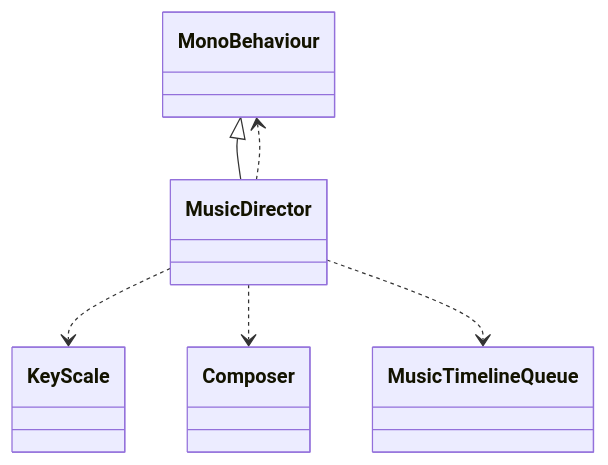
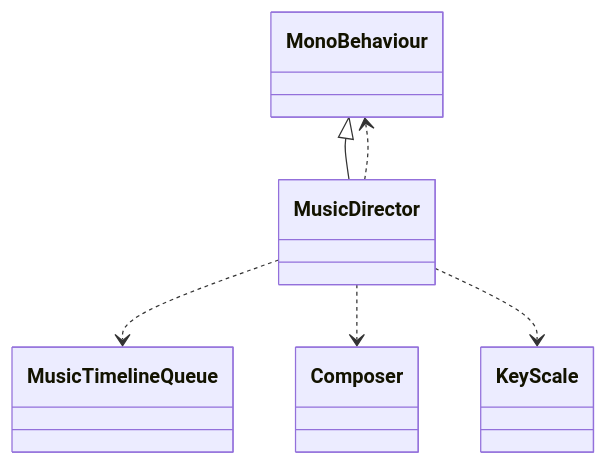
Before and after one commit to schnock-art/project_inspector: the sixth of 39 diagrams in test/test.md, drawn with Mermaid. The commit also changed other lines of this file and 3 other files, not shown here.

````diff
--- a/test/test.md
+++ b/test/test.md
@@ -243,8 +225,8 @@
 ```mermaid
 classDiagram
 MonoBehaviour <|-- MusicDirector
+MusicDirector ..> MonoBehaviour
+MusicDirector ..> MusicTimelineQueue
+MusicDirector ..> Composer
 MusicDirector ..> KeyScale
-MusicDirector ..> Composer
-MusicDirector ..> MusicTimelineQueue
-MusicDirector ..> MonoBehaviour
 ```
````
